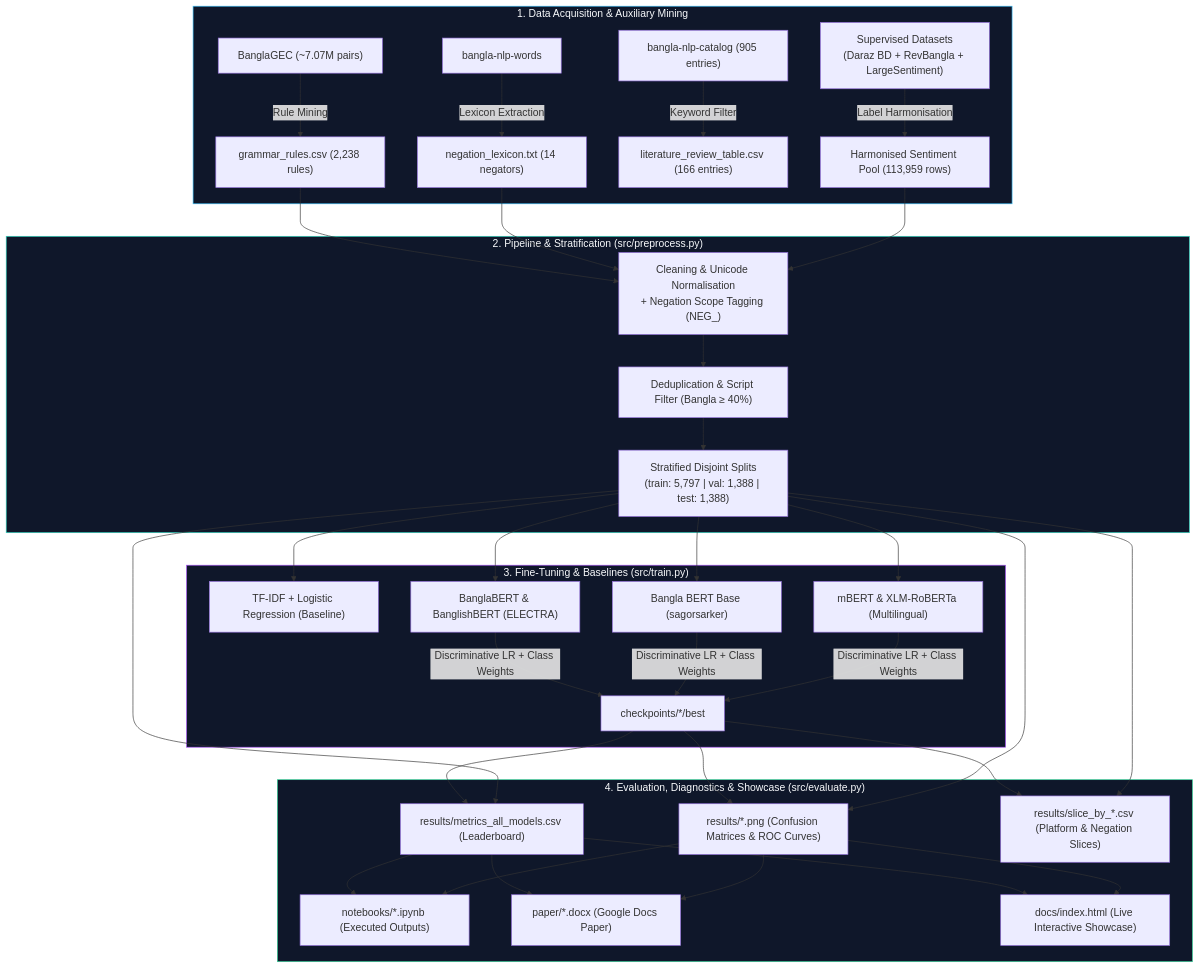
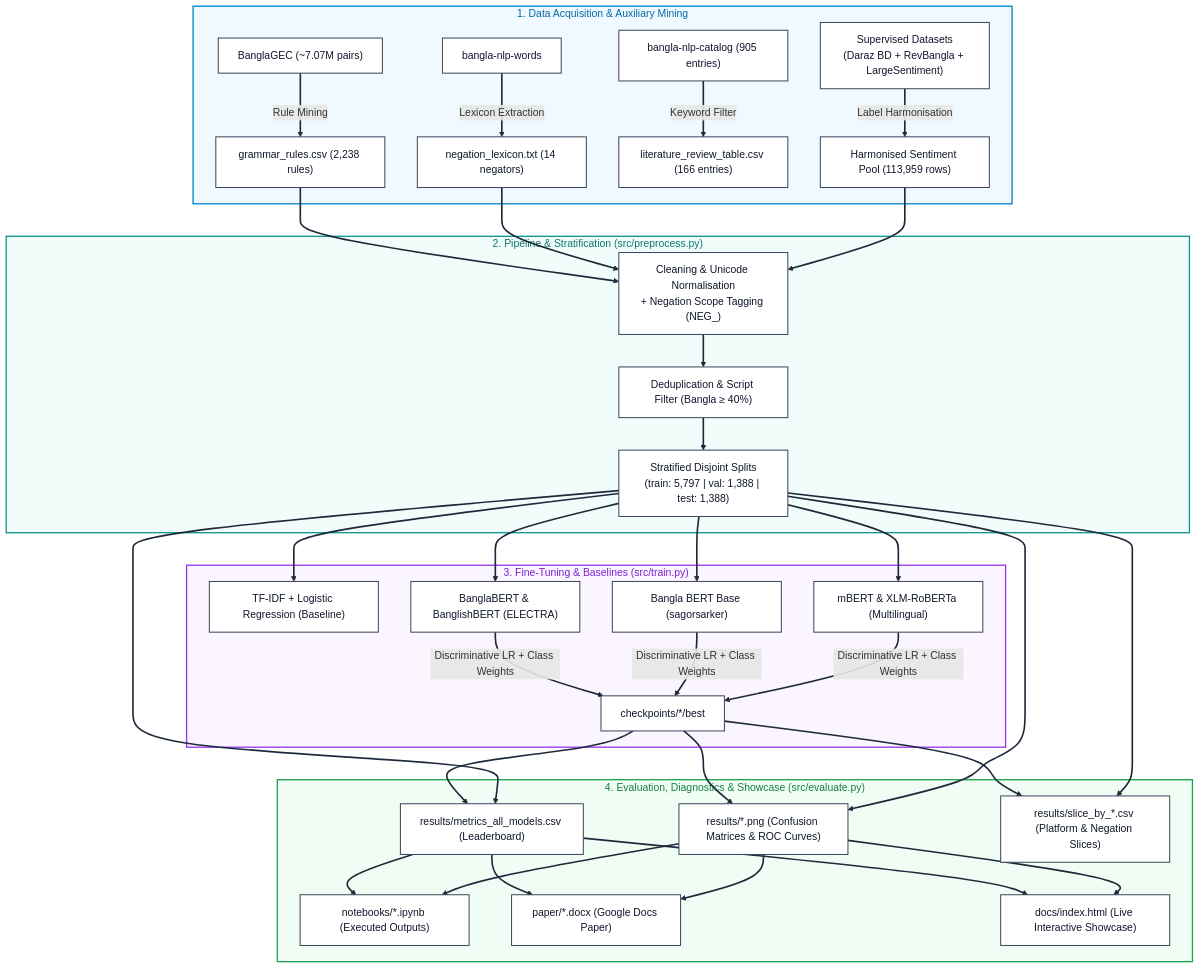
One commit to ShoumikBalaSomu/Developing-a-Bangla-Sentiment-Analysis-System-Using-Fine-Tuned-BERT-Models changed the diagram in README.md. Above: the diagram before and after it, drawn with Mermaid. The commit also changed 1 other file, not shown here.

Commit message:
docs: improve Mermaid pipeline diagram contrast with light pastel backgrounds and bold arrow styling

````diff
--- a/README.md
+++ b/README.md
@@ -52,37 +52,40 @@
 ```mermaid
 flowchart TD
     subgraph Data_Acquisition ["1. Data Acquisition & Auxiliary Mining"]
         A1["BanglaGEC (~7.07M pairs)"] -->|Rule Mining| B1["grammar_rules.csv (2,238 rules)"]
         A2["bangla-nlp-words"] -->|Lexicon Extraction| B2["negation_lexicon.txt (14 negators)"]
         A3["bangla-nlp-catalog (905 entries)"] -->|Keyword Filter| B3["literature_review_table.csv (166 entries)"]
         A4["Supervised Datasets\n(Daraz BD + RevBangla + LargeSentiment)"] -->|Label Harmonisation| B4["Harmonised Sentiment Pool (113,959 rows)"]
     end
 
     subgraph Preprocessing_Pipeline ["2. Pipeline & Stratification (src/preprocess.py)"]
         B1 & B2 & B4 --> C1["Cleaning & Unicode Normalisation\n+ Negation Scope Tagging (NEG_)"]
         C1 --> C2["Deduplication & Script Filter (Bangla ≥ 40%)"]
         C2 --> C3["Stratified Disjoint Splits\n(train: 5,797 | val: 1,388 | test: 1,388)"]
     end
 
     subgraph Model_Training ["3. Fine-Tuning & Baselines (src/train.py)"]
         C3 --> D1["TF-IDF + Logistic Regression (Baseline)"]
         C3 --> D2["BanglaBERT & BanglishBERT (ELECTRA)"]
         C3 --> D3["Bangla BERT Base (sagorsarker)"]
         C3 --> D4["mBERT & XLM-RoBERTa (Multilingual)"]
         D2 & D3 & D4 -->|Discriminative LR + Class Weights| E1["checkpoints/*/best"]
     end
 
     subgraph Evaluation_Reporting ["4. Evaluation, Diagnostics & Showcase (src/evaluate.py)"]
         E1 & C3 --> F1["results/metrics_all_models.csv (Leaderboard)"]
         E1 & C3 --> F2["results/*.png (Confusion Matrices & ROC Curves)"]
         E1 & C3 --> F3["results/slice_by_*.csv (Platform & Negation Slices)"]
         F1 & F2 --> G1["notebooks/*.ipynb (Executed Outputs)"]
         F1 & F2 --> G2["paper/*.docx (Google Docs Paper)"]
         F1 & F2 --> G3["docs/index.html (Live Interactive Showcase)"]
     end
 
-    style Data_Acquisition fill:#0f172a,stroke:#38bdf8,stroke-width:1px,color:#f8fafc
-    style Preprocessing_Pipeline fill:#0f172a,stroke:#2dd4bf,stroke-width:1px,color:#f8fafc
-    style Model_Training fill:#0f172a,stroke:#a855f7,stroke-width:1px,color:#f8fafc
-    style Evaluation_Reporting fill:#0f172a,stroke:#34d399,stroke-width:1px,color:#f8fafc
+    classDef default fill:#ffffff,stroke:#334155,stroke-width:1.5px,color:#0f172a
+    linkStyle default stroke:#1e293b,stroke-width:2.5px
+
+    style Data_Acquisition fill:#f0f9ff,stroke:#0284c7,stroke-width:2px,color:#0369a1
+    style Preprocessing_Pipeline fill:#f0fdfa,stroke:#0d9488,stroke-width:2px,color:#0f766e
+    style Model_Training fill:#faf5ff,stroke:#9333ea,stroke-width:2px,color:#7e22ce
+    style Evaluation_Reporting fill:#f0fdf4,stroke:#16a34a,stroke-width:2px,color:#15803d
 ```
````
